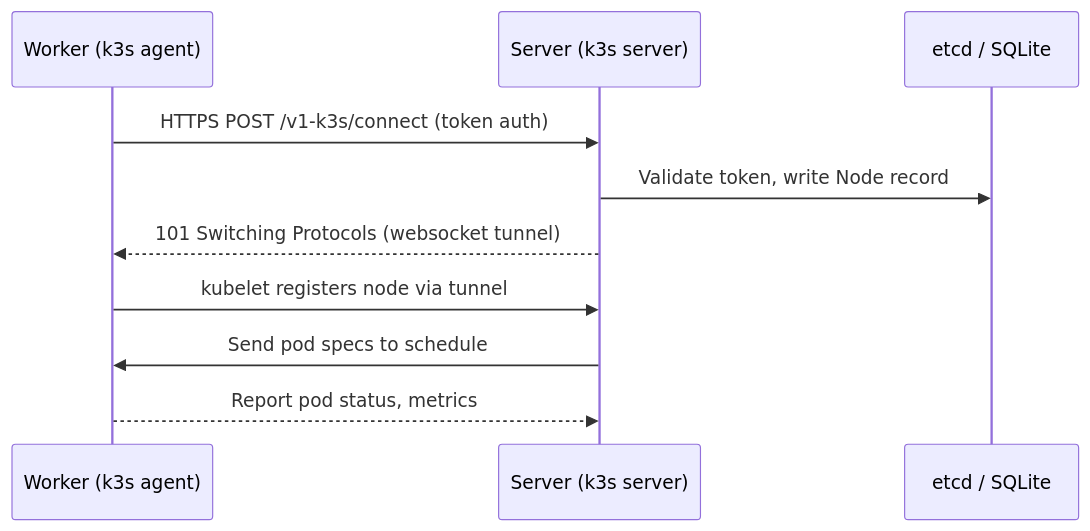
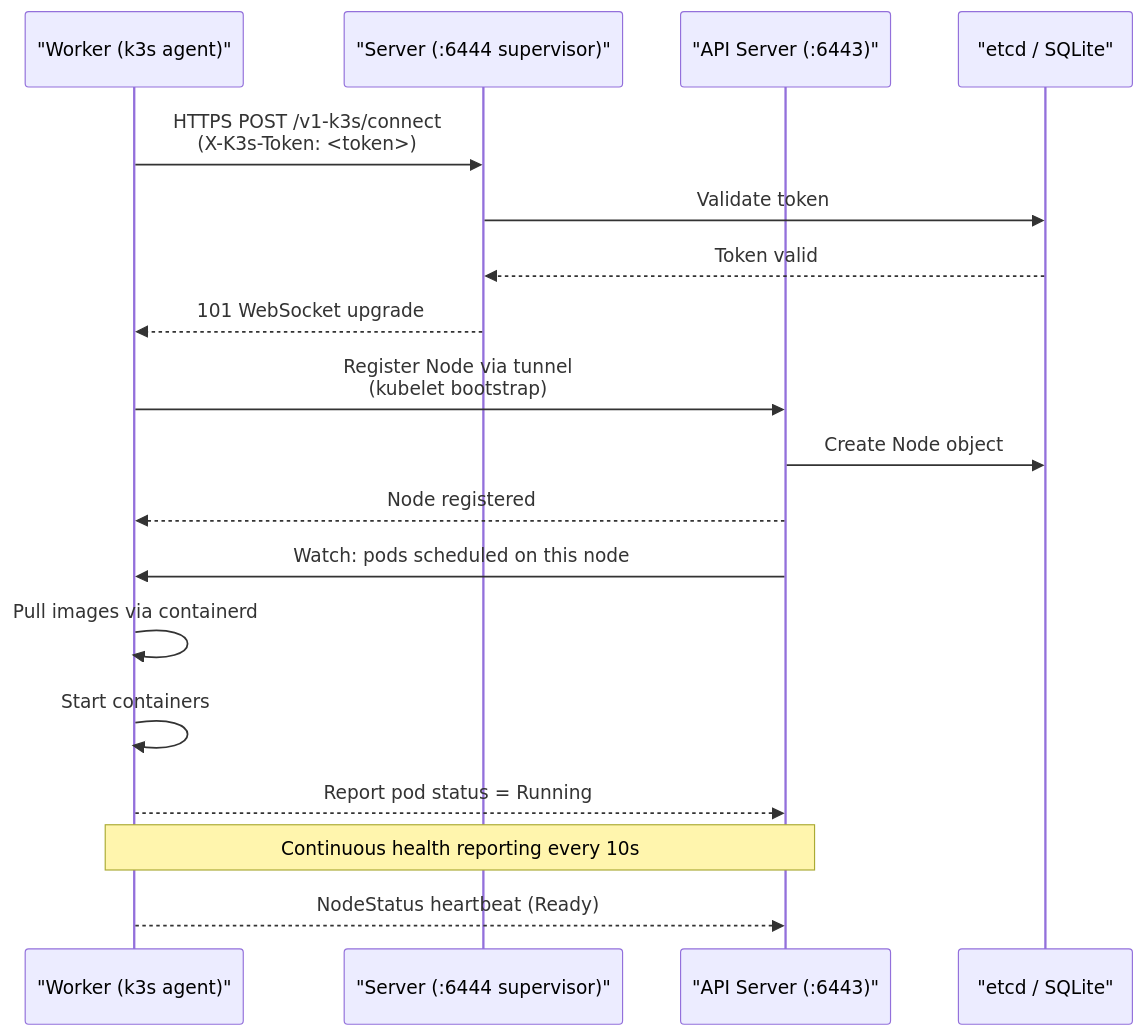
Before and after one commit to UncleJS/course_k3s: the third of 5 diagrams in 06_multi_node_cluster/01_adding_agent_nodes.md, drawn with Mermaid. The commit also changed other lines of this file and 45 other files, not shown here.

First line of the commit message:
Expand all course lessons: Mermaid diagrams + rich prose across 43 files

````diff
--- a/06_multi_node_cluster/01_adding_agent_nodes.md
+++ b/06_multi_node_cluster/01_adding_agent_nodes.md
@@ -158,13 +240,24 @@
 ```mermaid
 sequenceDiagram
-    participant W as Worker (k3s agent)
-    participant S as Server (k3s server)
-    participant E as etcd / SQLite
+    participant W as "Worker (k3s agent)"
+    participant S as "Server (:6444 supervisor)"
+    participant API as "API Server (:6443)"
+    participant E as "etcd / SQLite"
 
-    W->>S: HTTPS POST /v1-k3s/connect (token auth)
-    S->>E: Validate token, write Node record
-    S-->>W: 101 Switching Protocols (websocket tunnel)
-    W->>S: kubelet registers node via tunnel
-    S->>W: Send pod specs to schedule
-    W-->>S: Report pod status, metrics
+    W->>S: HTTPS POST /v1-k3s/connect<br/>(X-K3s-Token: <token>)
+    S->>E: Validate token
+    E-->>S: Token valid
+    S-->>W: 101 WebSocket upgrade
+
+    W->>API: Register Node via tunnel<br/>(kubelet bootstrap)
+    API->>E: Create Node object
+    API-->>W: Node registered
+
+    API->>W: Watch: pods scheduled on this node
+    W->>W: Pull images via containerd
+    W->>W: Start containers
+    W-->>API: Report pod status = Running
+
+    Note over W,API: Continuous health reporting every 10s
+    W-->>API: NodeStatus heartbeat (Ready)
 ```
````
